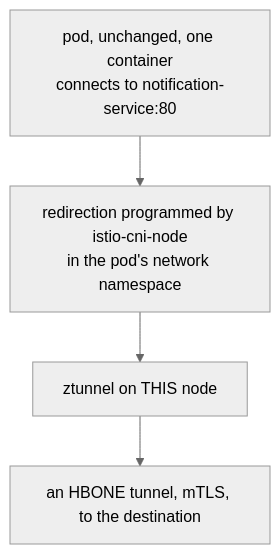
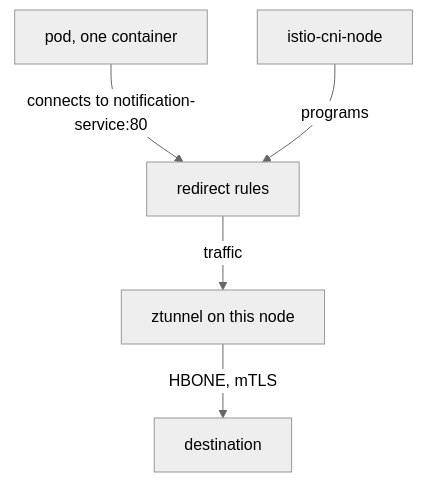
The second of 2 diagrams in sections/section-040/module-01/course-01-the-ambient-data-plane.md (astrona-io/ATS013), drawn with Mermaid (neutral theme) before and after one commit. The commit also changed other lines of this file and 22 other files, not shown here.

````diff
--- a/sections/section-040/module-01/course-01-the-ambient-data-plane.md
+++ b/sections/section-040/module-01/course-01-the-ambient-data-plane.md
@@ -69,6 +77,7 @@
 ```mermaid
-flowchart TD
-    P["pod, unchanged, one container<br/>connects to notification-service:80"] --> R["redirection programmed by istio-cni-node<br/>in the pod's network namespace"]
-    R --> Z["ztunnel on THIS node"]
-    Z --> H["an HBONE tunnel, mTLS, to the destination"]
+flowchart TB
+    P["pod, one container"] -->|"connects to notification-service:80"| R["redirect rules"]
+    C["istio-cni-node"] -->|"programs"| R
+    R -->|"traffic"| Z["ztunnel on this node"]
+    Z -->|"HBONE, mTLS"| D["destination"]
 ```
````
